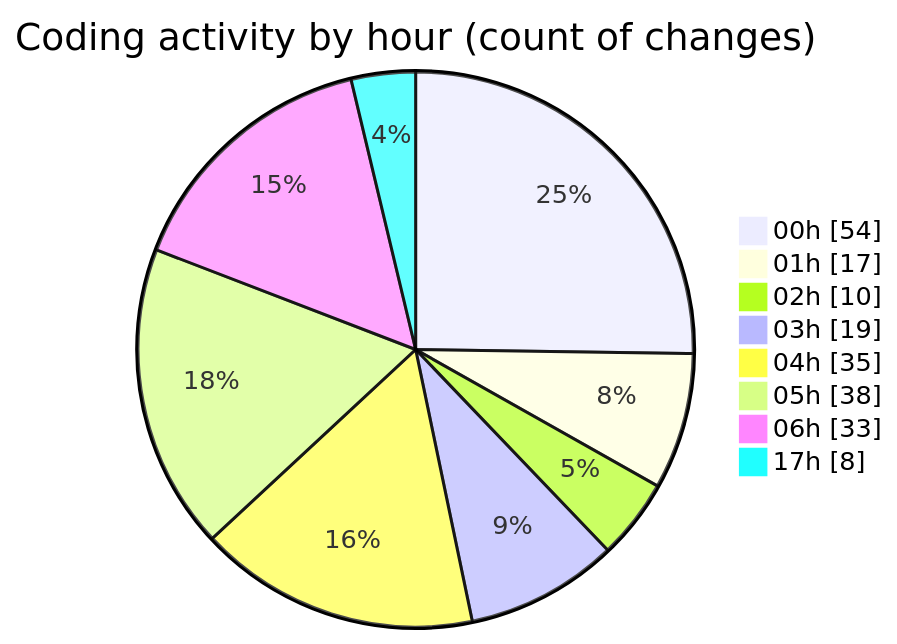
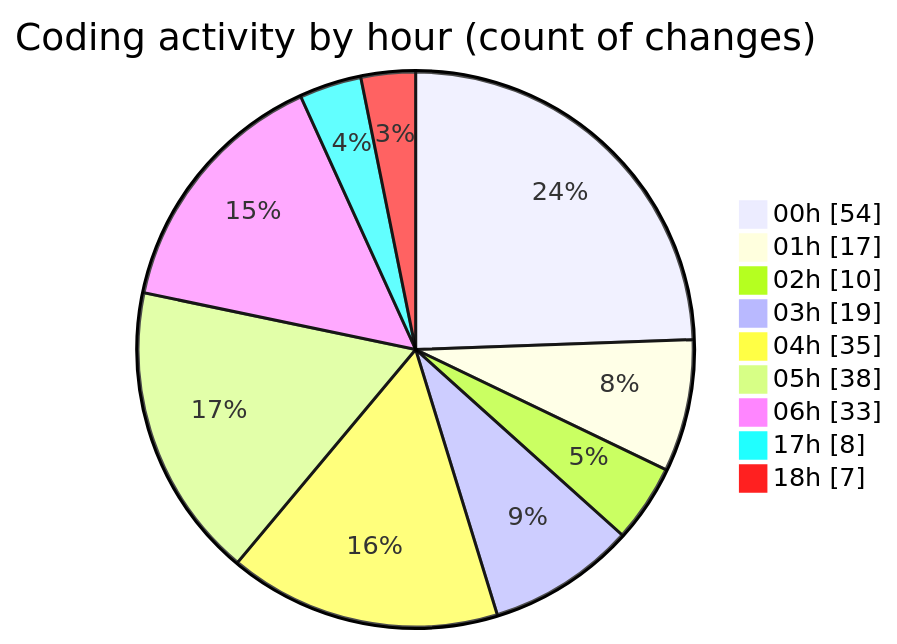
One commit to lephambinh05/code-tracking changed the second of 2 diagrams in 2025-07-26/quanlyrapchieuphim-1/README.md. Above: the diagram before and after it, drawn with Mermaid. The commit also changed other lines of this file and 1 other file, not shown here.

````diff
--- a/2025-07-26/quanlyrapchieuphim-1/README.md
+++ b/2025-07-26/quanlyrapchieuphim-1/README.md
@@ -53,12 +53,13 @@
 ```mermaid
 pie showData
 title Coding activity by hour (count of changes)
 "00h" : 54
 "01h" : 17
 "02h" : 10
 "03h" : 19
 "04h" : 35
 "05h" : 38
 "06h" : 33
 "17h" : 8
+"18h" : 7
 ```
````
